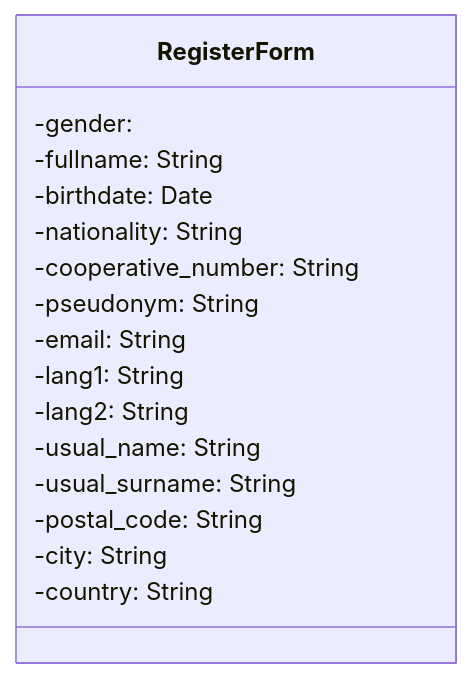
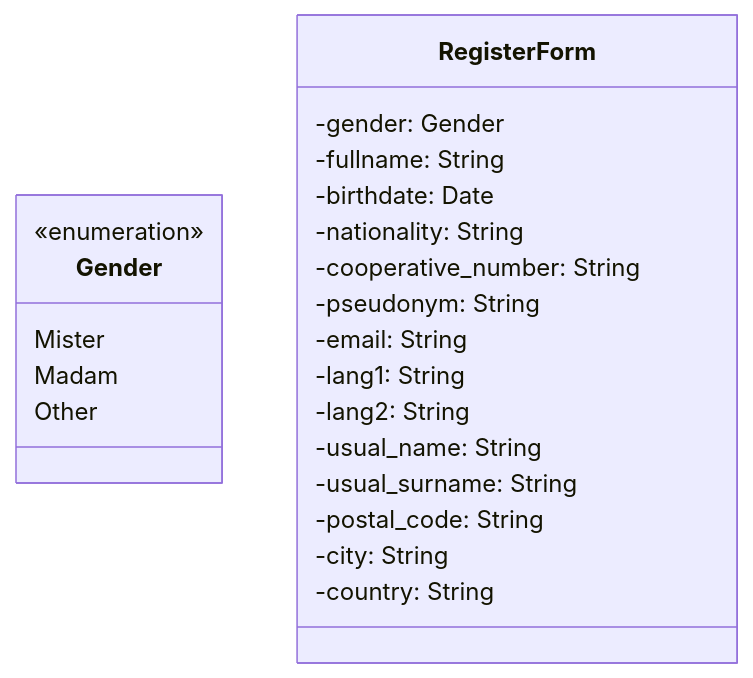
Before and after one commit to michaellaunay/alirpunkto: the first of 3 diagrams in docs/fr/Scénarios/Candidature.md, drawn with Mermaid. The commit also changed other lines of this file, not shown here.

Commit message:
Improvement of the French documentation of Candidature architecture.

````diff
--- a/docs/fr/Scénarios/Candidature.md
+++ b/docs/fr/Scénarios/Candidature.md
@@ -116,19 +140,26 @@
 ```mermaid
 classDiagram
-    class RegisterForm {
-	    -gender: 
+	class Gender {
+		<<enumeration>>
+        Mister
+        Madam
+        Other
+    }
+    
+	class RegisterForm {
+	    -gender: Gender
         -fullname: String
         -birthdate: Date
         -nationality: String
         -cooperative_number: String
         -pseudonym: String
         -email: String
         -lang1: String
         -lang2: String
         -usual_name: String
         -usual_surname: String
         -postal_code: String
         -city: String
         -country: String
     }
 ```
````
